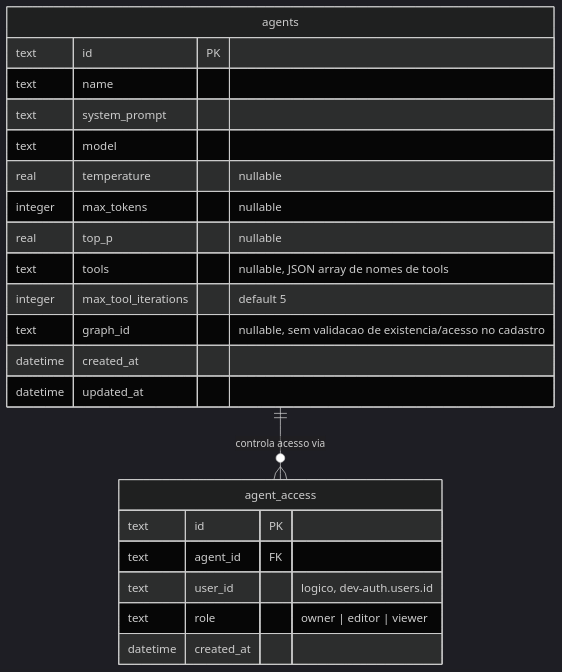
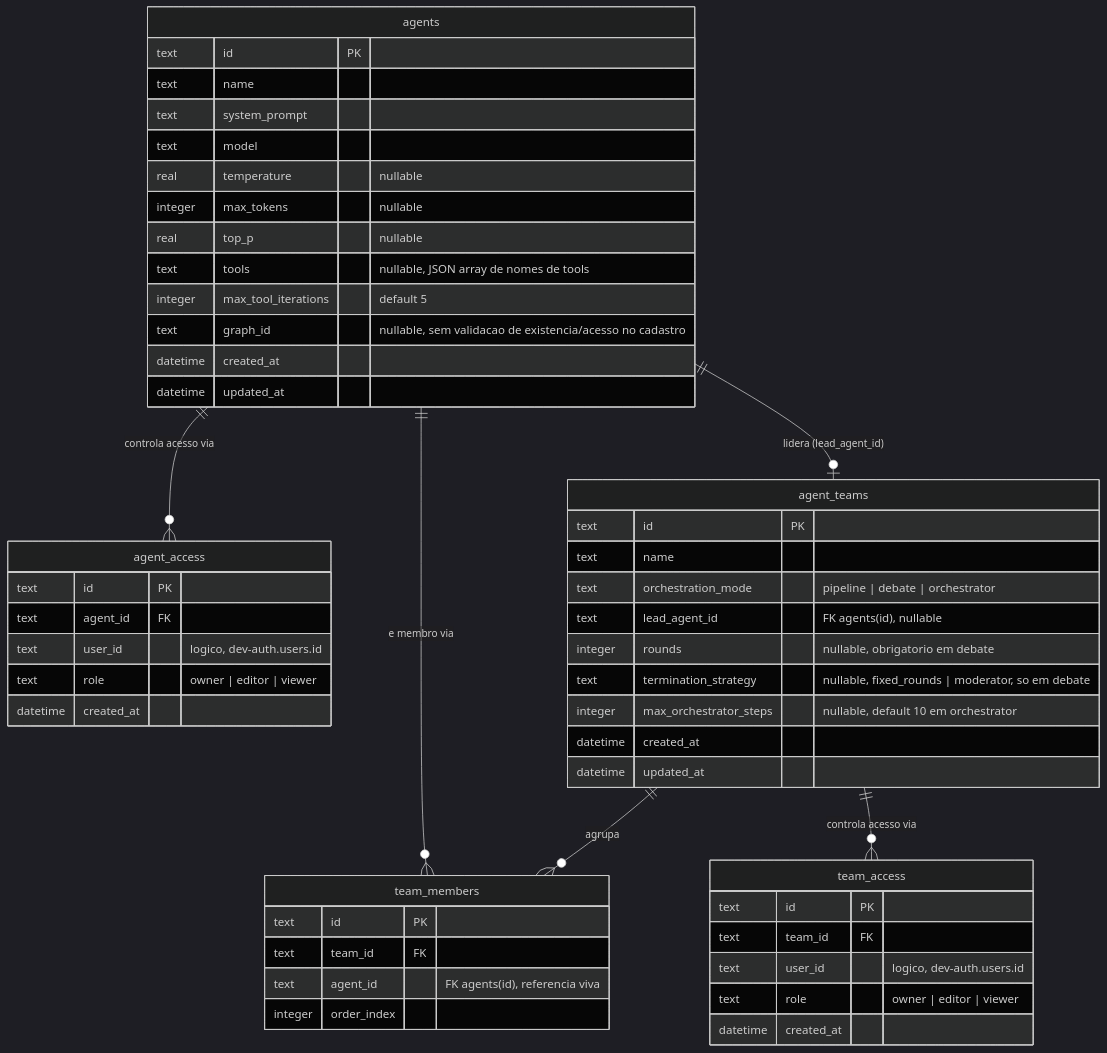
The fifth of 6 diagrams in docs/database-diagram.md (0xHackerSpace/wrapper-api), drawn with Mermaid (dark theme) before and after one commit. The commit also changed other lines of this file and 5 other files, not shown here.

First line of the commit message:
docs: add ADR 0025 and update project docs for agent teams

````diff
--- a/docs/database-diagram.md
+++ b/docs/database-diagram.md
@@ -207,27 +211,58 @@
 ```mermaid
 erDiagram
     agents ||--o{ agent_access : "controla acesso via"
+    agents ||--o{ team_members : "e membro via"
+    agent_teams ||--o{ team_members : "agrupa"
+    agent_teams ||--o{ team_access : "controla acesso via"
+    agents ||--o| agent_teams : "lidera (lead_agent_id)"
 
     agents {
         text id PK
         text name
         text system_prompt
         text model
         real temperature "nullable"
         integer max_tokens "nullable"
         real top_p "nullable"
         text tools "nullable, JSON array de nomes de tools"
         integer max_tool_iterations "default 5"
         text graph_id "nullable, sem validacao de existencia/acesso no cadastro"
         datetime created_at
         datetime updated_at
     }
 
     agent_access {
         text id PK
         text agent_id FK
         text user_id "logico, dev-auth.users.id"
         text role "owner | editor | viewer"
         datetime created_at
     }
+
+    agent_teams {
+        text id PK
+        text name
+        text orchestration_mode "pipeline | debate | orchestrator"
+        text lead_agent_id "FK agents(id), nullable"
+        integer rounds "nullable, obrigatorio em debate"
+        text termination_strategy "nullable, fixed_rounds | moderator, so em debate"
+        integer max_orchestrator_steps "nullable, default 10 em orchestrator"
+        datetime created_at
+        datetime updated_at
+    }
+
+    team_members {
+        text id PK
+        text team_id FK
+        text agent_id "FK agents(id), referencia viva"
+        integer order_index
+    }
+
+    team_access {
+        text id PK
+        text team_id FK
+        text user_id "logico, dev-auth.users.id"
+        text role "owner | editor | viewer"
+        datetime created_at
+    }
 ```
````
